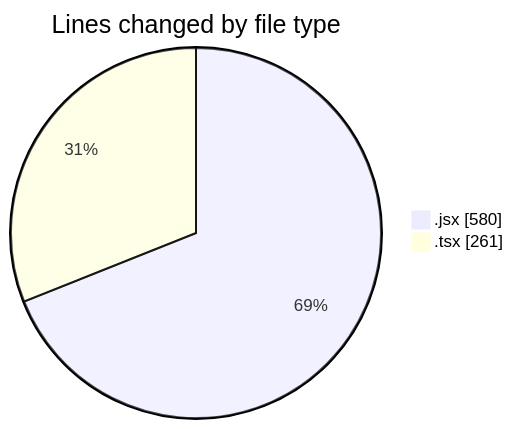
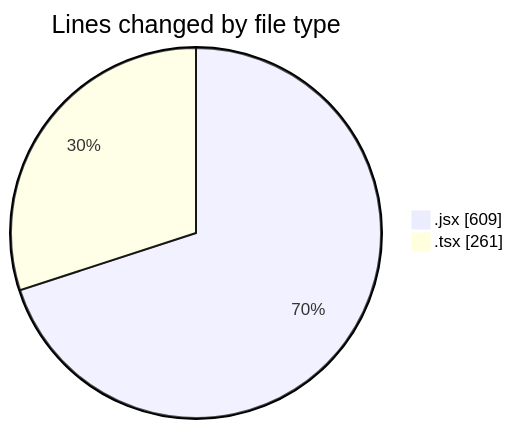
Before and after one commit to momahboobian/code-tracking: the first of 2 diagrams in 2026-02-11/cda/README.md, drawn with Mermaid. The commit also changed other lines of this file and 1 other file, not shown here.

````diff
--- a/2026-02-11/cda/README.md
+++ b/2026-02-11/cda/README.md
@@ -24,6 +24,6 @@
 ```mermaid
 pie showData
 title Lines changed by file type
-".jsx" : 580
+".jsx" : 609
 ".tsx" : 261
 ```
````
